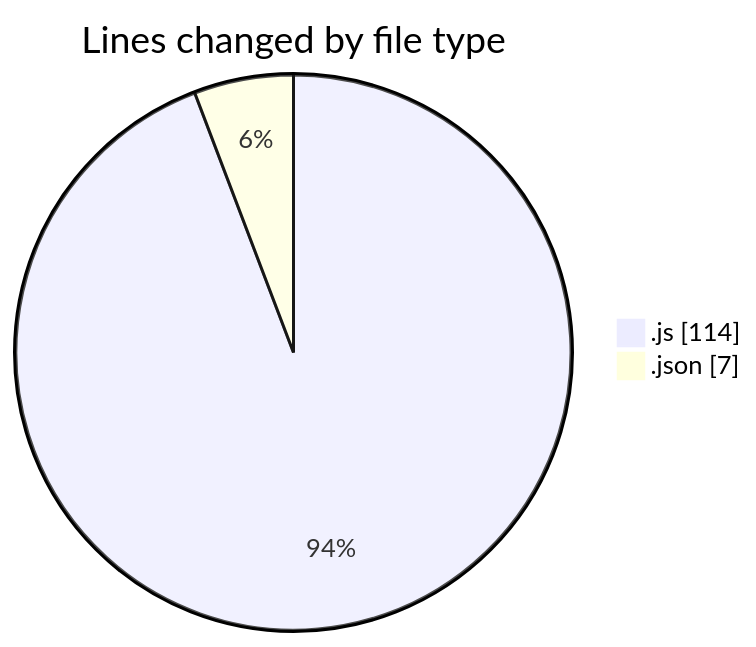
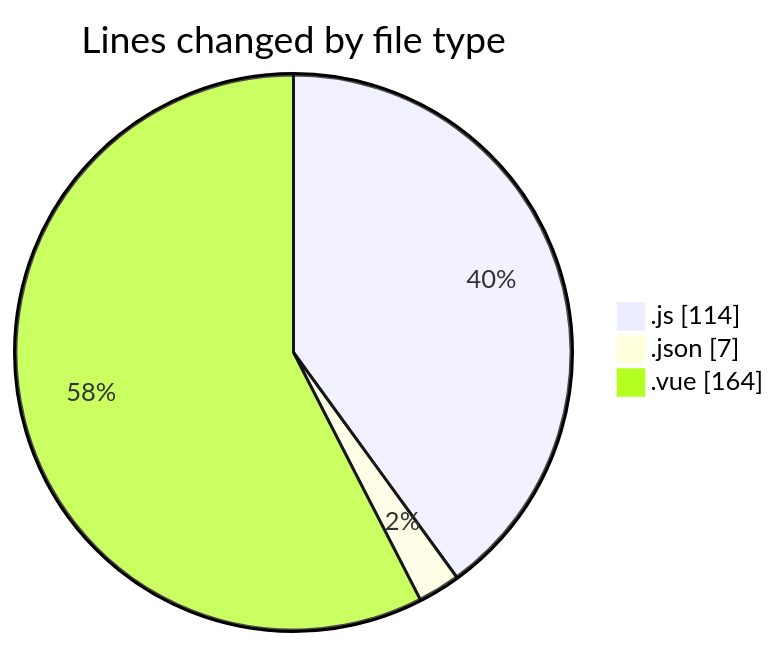
One commit to jcpc91/code-tracking changed the first of 2 diagrams in 2025-05-19/cancelacionsegurosvida/README.md. Above: the diagram before and after it, drawn with Mermaid. The commit also changed other lines of this file and 1 other file, not shown here.

````diff
--- a/2025-05-19/cancelacionsegurosvida/README.md
+++ b/2025-05-19/cancelacionsegurosvida/README.md
@@ -21,6 +22,7 @@
 ```mermaid
 pie showData
 title Lines changed by file type
 ".js" : 114
 ".json" : 7
+".vue" : 164
 ```
````
